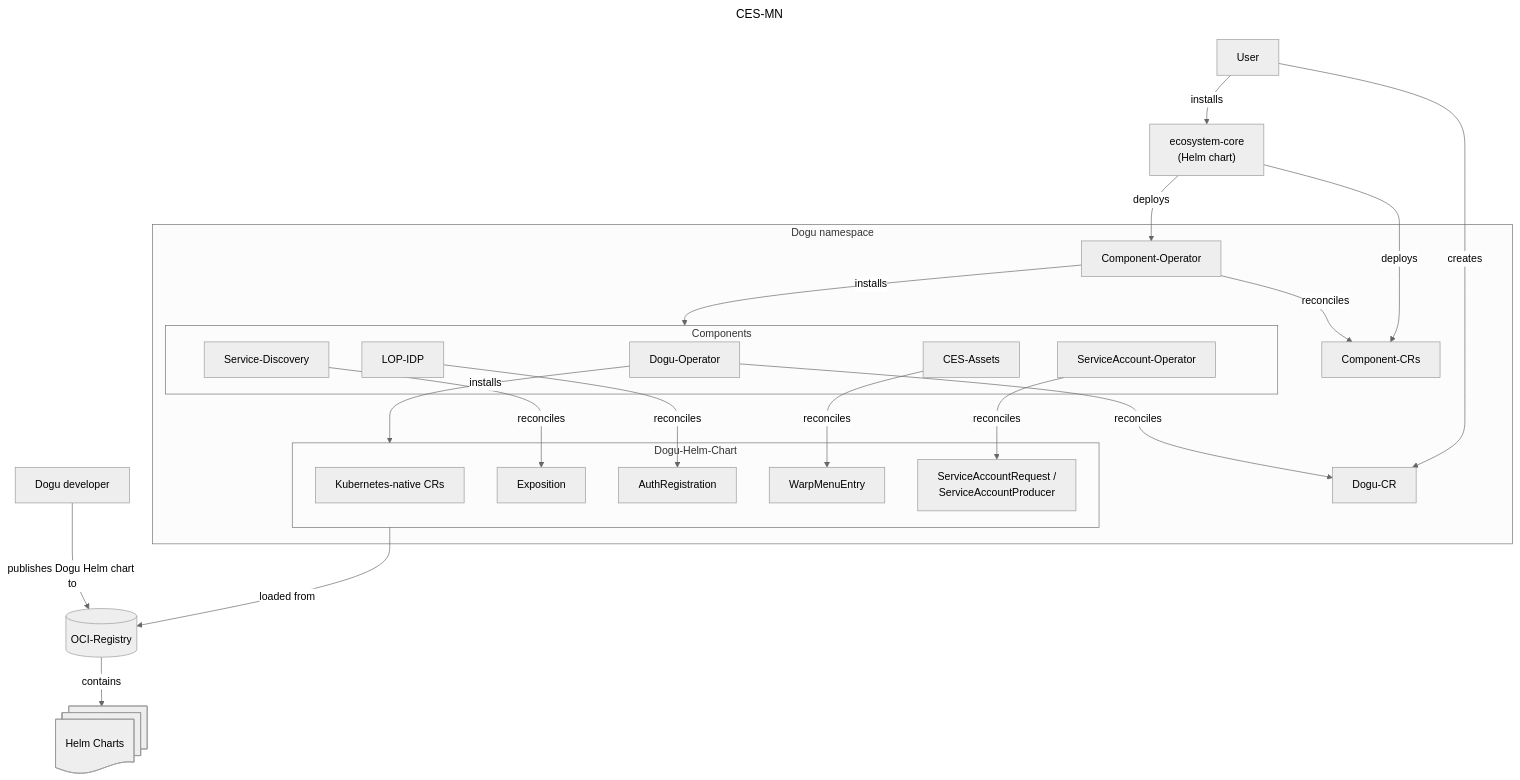
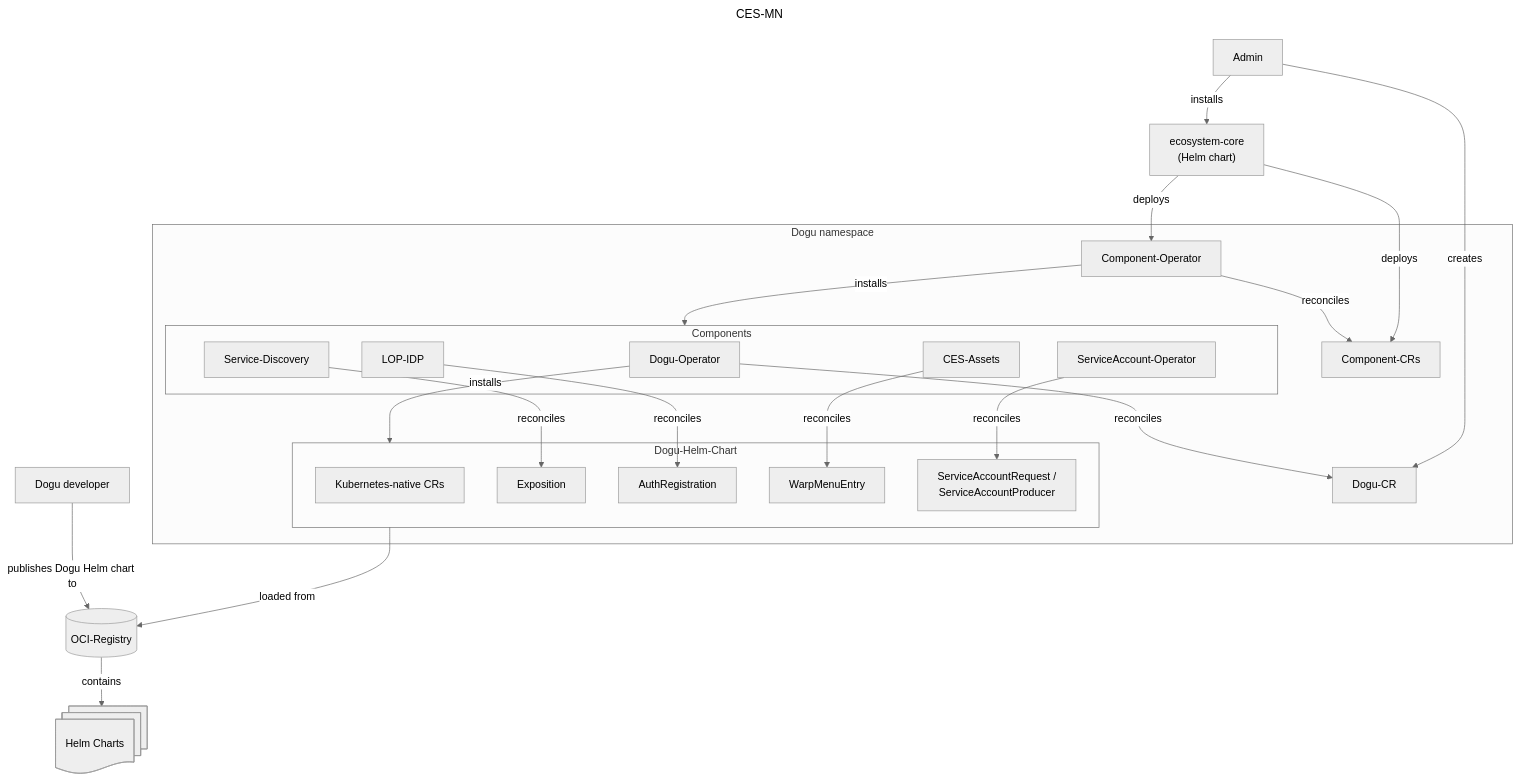
The diagram in docs/v3/concepts/multinode-environment_en.md (cloudogu/dogu-development-docs), drawn with Mermaid (neutral theme) before and after one commit. The commit also changed other lines of this file and 2 other files, not shown here.

````diff
--- a/docs/v3/concepts/multinode-environment_en.md
+++ b/docs/v3/concepts/multinode-environment_en.md
@@ -105,59 +114,59 @@
 ```mermaid
 ---
 title: CES-MN
 ---
 flowchart TB
-    user["User"]
+    user["Admin"]
     developer["Dogu developer"]
 
     core["ecosystem-core<br/>(Helm chart)"]
 
     user -->|installs| core
 
     subgraph ns["Dogu namespace"]
         compOp["Component-Operator"]
         compCRs["Component-CRs"]
         doguCR["Dogu-CR"]
 
         compOp -->|reconciles| compCRs
 
         subgraph components["Components"]
             doguOp["Dogu-Operator"]
             sd["Service-Discovery"]
             idp["LOP-IDP"]
             assets["CES-Assets"]
             saOp["ServiceAccount-Operator"]
         end
 
         compOp -->|installs| components
 
         subgraph chart["Dogu-Helm-Chart"]
             workloads["Kubernetes-native CRs"]
             exposition["Exposition"]
             authreg["AuthRegistration"]
             warp["WarpMenuEntry"]
             sar["ServiceAccountRequest /<br/>ServiceAccountProducer"]
         end
 
         doguOp -->|reconciles| doguCR
         doguOp -->|installs| chart
 
         sd -->|reconciles| exposition
         assets -->|reconciles| warp
         saOp -->|reconciles| sar
         idp -->|reconciles| authreg
     end
 
     core -->|deploys| compOp
     core -->|deploys| compCRs
 
     user -->|creates| doguCR
 
     oci[("OCI-Registry")]
     helmCharts@{ shape: docs, label: "Helm Charts"}
     developer -->|publishes Dogu Helm chart to| oci
 
     oci -->|contains| helmCharts
     chart -->|loaded from| oci
 
 ```
````
